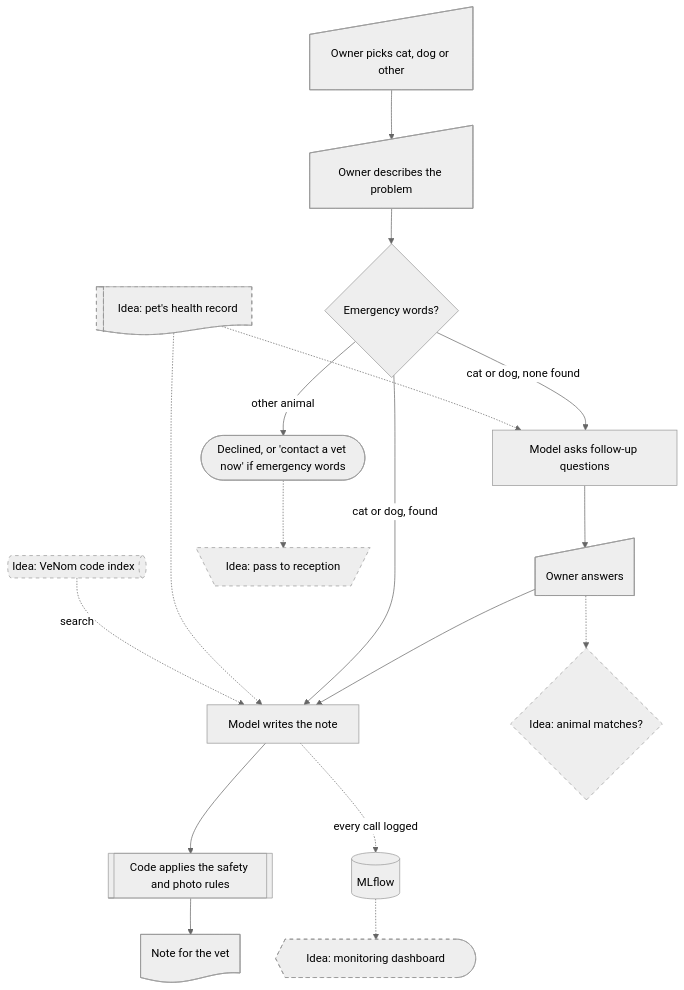
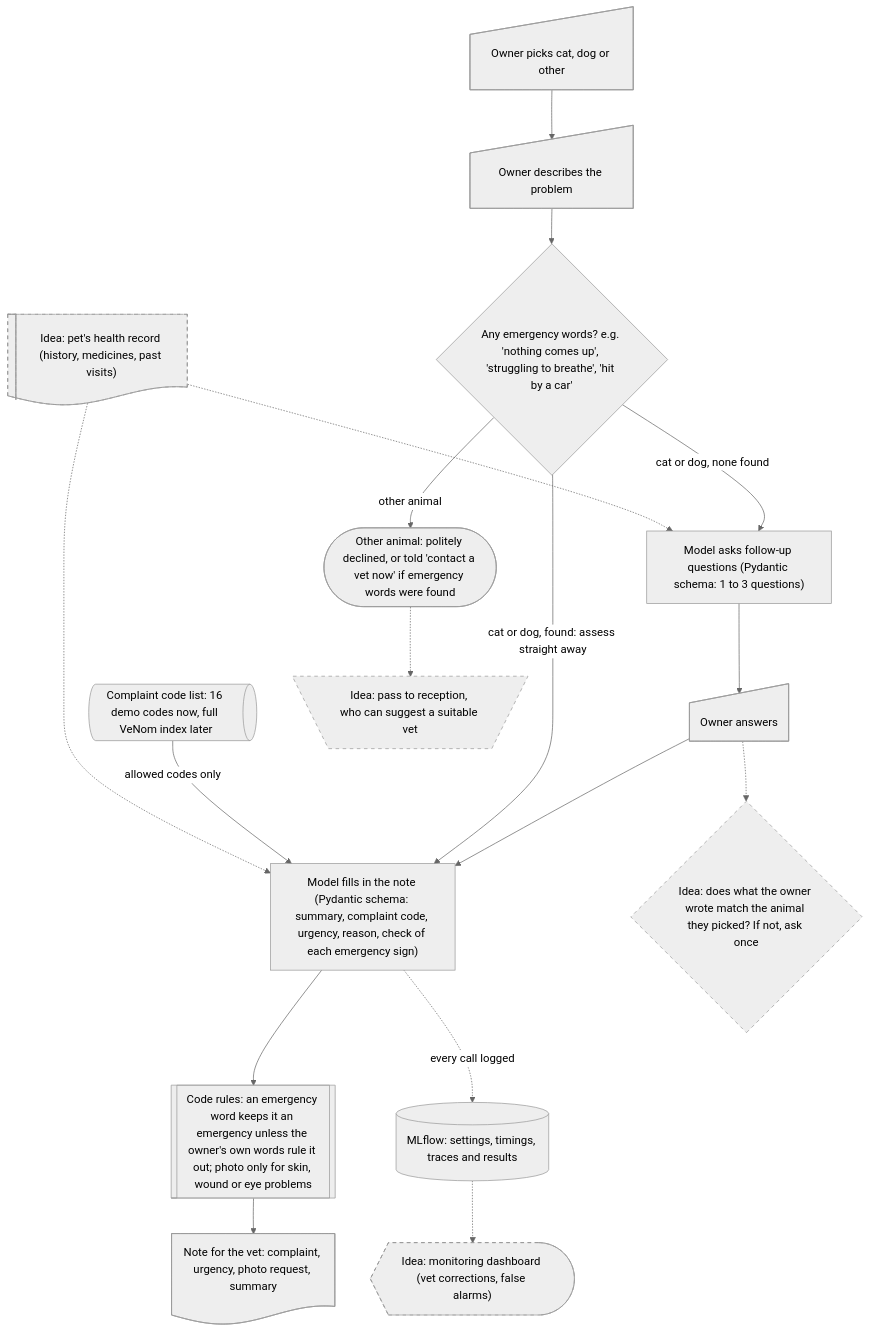
The diagram in README.md (BenjaminIsaac0111/pet-triage-demo), drawn with Mermaid (neutral theme) before and after one commit. The commit also changed other lines of this file, not shown here.

Commit message:
README: clearer diagram labels
Keeps the flowchart shapes but says what each step does: example
emergency words, the Pydantic forms behind both model calls, the code
rules, and what the note and MLflow hold. The complaint code list is
shown as built (16 demo codes, full VeNom index later), and the animal
check now says what it compares. Text wraps on its own instead of
manual line breaks.

````diff
--- a/README.md
+++ b/README.md
@@ -15,35 +15,35 @@
 ```mermaid
 graph TD
     S@{ shape: sl-rect, label: "Owner picks cat, dog or other" }
     A@{ shape: sl-rect, label: "Owner describes the problem" }
-    B@{ shape: diam, label: "Emergency words?" }
-    X@{ shape: stadium, label: "Declined, or 'contact a vet now' if emergency words" }
-    C@{ shape: rect, label: "Model asks follow-up questions" }
+    B@{ shape: diam, label: "Any emergency words? e.g. 'nothing comes up', 'struggling to breathe', 'hit by a car'" }
+    X@{ shape: stadium, label: "Other animal: politely declined, or told 'contact a vet now' if emergency words were found" }
+    C@{ shape: rect, label: "Model asks follow-up questions (Pydantic schema: 1 to 3 questions)" }
     D@{ shape: sl-rect, label: "Owner answers" }
-    E@{ shape: rect, label: "Model writes the note" }
-    F@{ shape: fr-rect, label: "Code applies the safety and photo rules" }
-    G@{ shape: doc, label: "Note for the vet" }
-    H@{ shape: cyl, label: "MLflow" }
+    E@{ shape: rect, label: "Model fills in the note (Pydantic schema: summary, complaint code, urgency, reason, check of each emergency sign)" }
+    K@{ shape: h-cyl, label: "Complaint code list: 16 demo codes now, full VeNom index later" }
+    F@{ shape: fr-rect, label: "Code rules: an emergency word keeps it an emergency unless the owner's own words rule it out; photo only for skin, wound or eye problems" }
+    G@{ shape: doc, label: "Note for the vet: complaint, urgency, photo request, summary" }
+    H@{ shape: cyl, label: "MLflow: settings, timings, traces and results" }
 
     S --> A --> B
     B -- other animal --> X
     B -- cat or dog, none found --> C
     C --> D --> E
-    B -- cat or dog, found --> E
+    B -- "cat or dog, found: assess straight away" --> E
+    K -- allowed codes only --> E
     E --> F --> G
     E -. every call logged .-> H
 
-    P@{ shape: lin-doc, label: "Idea: pet's health record" }
-    V@{ shape: h-cyl, label: "Idea: VeNom code index" }
-    M@{ shape: diam, label: "Idea: animal matches?" }
-    R@{ shape: trap-t, label: "Idea: pass to reception" }
-    O@{ shape: curv-trap, label: "Idea: monitoring dashboard" }
+    P@{ shape: lin-doc, label: "Idea: pet's health record (history, medicines, past visits)" }
+    M@{ shape: diam, label: "Idea: does what the owner wrote match the animal they picked? If not, ask once" }
+    R@{ shape: trap-t, label: "Idea: pass to reception, who can suggest a suitable vet" }
+    O@{ shape: curv-trap, label: "Idea: monitoring dashboard (vet corrections, false alarms)" }
     P -.-> C
     P -.-> E
-    V -. search .-> E
     D -.-> M
     X -.-> R
     H -.-> O
     classDef idea stroke-dasharray: 5 5
-    class P,V,M,R,O idea
+    class P,M,R,O idea
 ```
````
